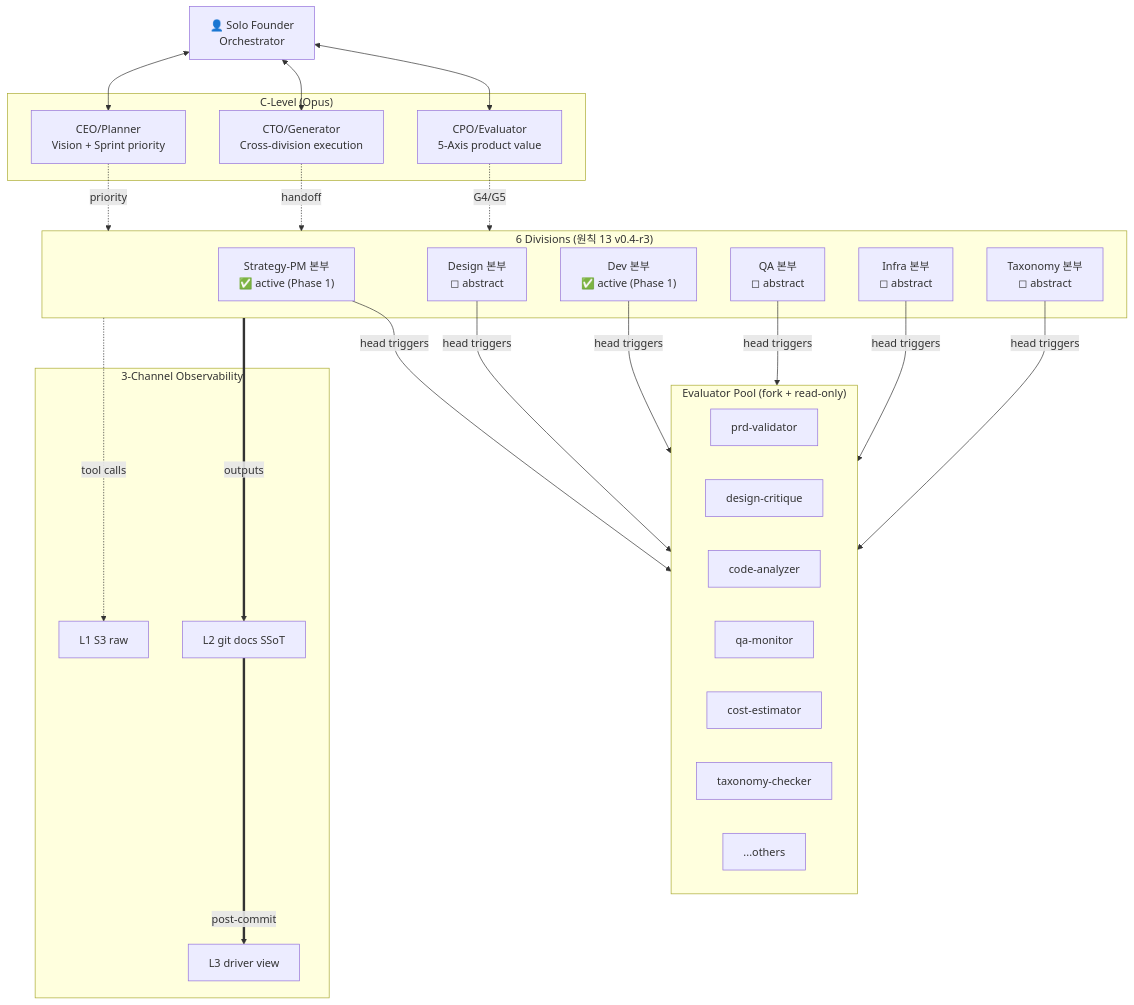
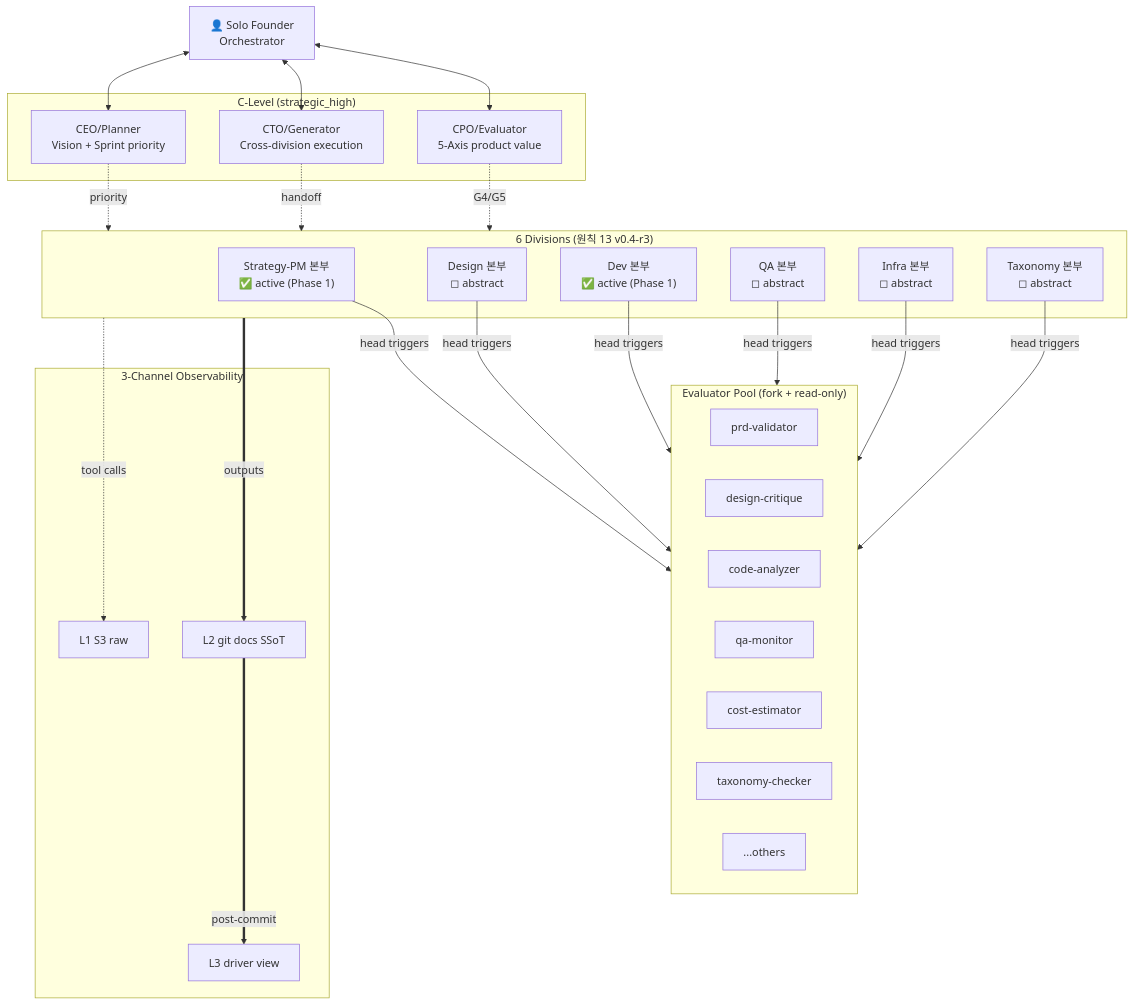
One commit to MJ-0701/solon-mvp changed the diagram in 2026-04-19-sfs-v0.4/03-c-level-matrix.md. Above: the diagram before and after it, drawn with Mermaid. The commit also changed other lines of this file and 30 other files, not shown here.

````diff
--- a/2026-04-19-sfs-v0.4/03-c-level-matrix.md
+++ b/2026-04-19-sfs-v0.4/03-c-level-matrix.md
@@ -74,54 +74,54 @@
 ```mermaid
 graph TB
     Human[👤 Solo Founder<br/>Orchestrator]
 
-    subgraph CLevel["C-Level (Opus)"]
+    subgraph CLevel["C-Level (strategic_high)"]
         CEO[CEO/Planner<br/>Vision + Sprint priority]
         CTO[CTO/Generator<br/>Cross-division execution]
         CPO[CPO/Evaluator<br/>5-Axis product value]
     end
 
     subgraph Divisions["6 Divisions (원칙 13 v0.4-r3)"]
         PM["Strategy-PM 본부<br/>✅ active (Phase 1)"]
         DEV["Dev 본부<br/>✅ active (Phase 1)"]
         TAX["Taxonomy 본부<br/>◻ abstract"]
         DSN["Design 본부<br/>◻ abstract"]
         QA["QA 본부<br/>◻ abstract"]
         INF["Infra 본부<br/>◻ abstract"]
     end
 
     subgraph EvalPool["Evaluator Pool (fork + read-only)"]
         EV1[prd-validator]
         EV2[design-critique]
         EV3[code-analyzer]
         EV4[qa-monitor]
         EV5[cost-estimator]
         EV6[taxonomy-checker]
         EVdots[...others]
     end
 
     subgraph Channels["3-Channel Observability"]
         L1[L1 S3 raw]
         L2[L2 git docs SSoT]
         L3[L3 driver view]
     end
 
     Human <--> CEO
     Human <--> CTO
     Human <--> CPO
 
     CEO -.priority.-> Divisions
     CTO -.handoff.-> Divisions
     CPO -.G4/G5.-> Divisions
 
     PM -- head triggers --> EvalPool
     DSN -- head triggers --> EvalPool
     DEV -- head triggers --> EvalPool
     QA -- head triggers --> EvalPool
     INF -- head triggers --> EvalPool
     TAX -- head triggers --> EvalPool
 
     Divisions ==>|outputs| L2
     Divisions -.tool calls.-> L1
     L2 ==>|post-commit| L3
 ```
````
